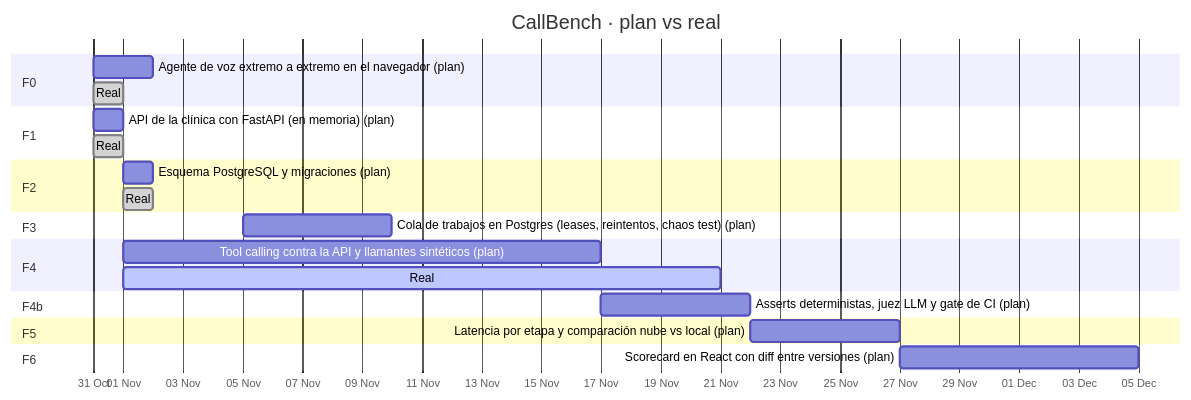
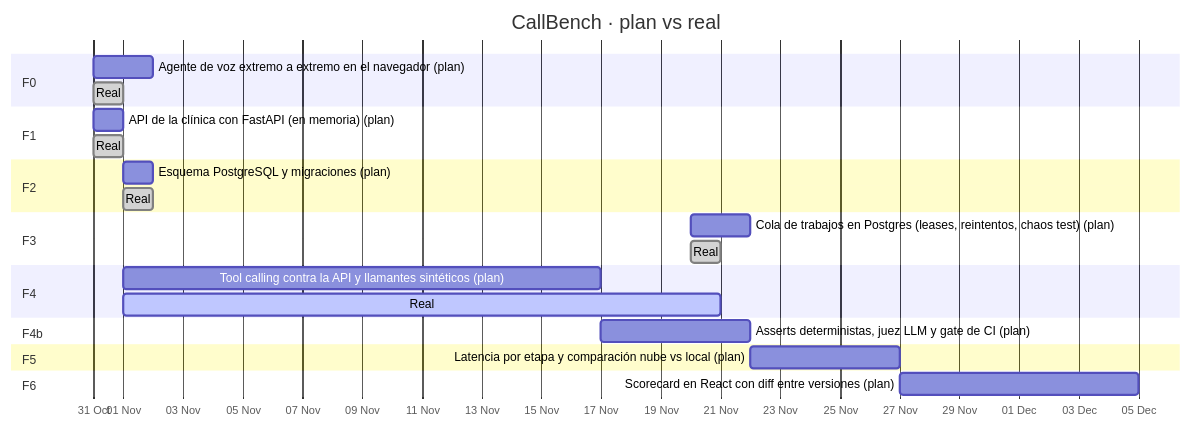
Before and after one commit to gabrielespelleta94/callbench: the diagram in docs/bitacora/GANTT.md, drawn with Mermaid. The commit also changed other lines of this file and 15 other files, not shown here.

````diff
--- a/docs/bitacora/GANTT.md
+++ b/docs/bitacora/GANTT.md
@@ -9,27 +9,28 @@
 ```mermaid
 gantt
     title CallBench · plan vs real
     dateFormat YYYY-MM-DD
     axisFormat %d %b
     todayMarker on
     section F0
     Agente de voz extremo a extremo en el navegador (plan) :F0p, 2026-10-31, 2026-11-02
     Real :done, F0r, 2026-10-31, 2026-11-01
     section F1
     API de la clínica con FastAPI (en memoria) (plan) :F1p, 2026-10-31, 2026-11-01
     Real :done, F1r, 2026-10-31, 2026-11-01
     section F2
     Esquema PostgreSQL y migraciones (plan) :F2p, 2026-11-01, 2026-11-02
     Real :done, F2r, 2026-11-01, 2026-11-02
     section F3
-    Cola de trabajos en Postgres (leases, reintentos, chaos test) (plan) :F3p, 2026-11-05, 2026-11-10
+    Cola de trabajos en Postgres (leases, reintentos, chaos test) (plan) :F3p, 2026-11-20, 2026-11-22
+    Real :done, F3r, 2026-11-20, 2026-11-21
     section F4
     Tool calling contra la API y llamantes sintéticos (plan) :F4p, 2026-11-01, 2026-11-17
     Real :active, F4r, 2026-11-01, 2026-11-21
     section F4b
     Asserts deterministas, juez LLM y gate de CI (plan) :F4bp, 2026-11-17, 2026-11-22
     section F5
     Latencia por etapa y comparación nube vs local (plan) :F5p, 2026-11-22, 2026-11-27
     section F6
     Scorecard en React con diff entre versiones (plan) :F6p, 2026-11-27, 2026-12-05
 ```
````
